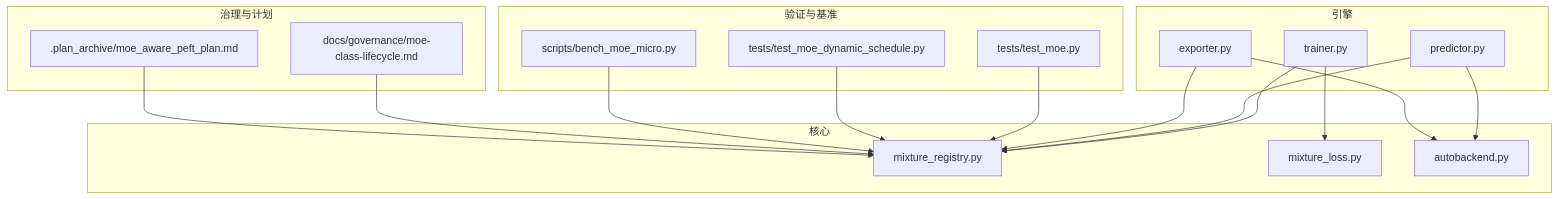
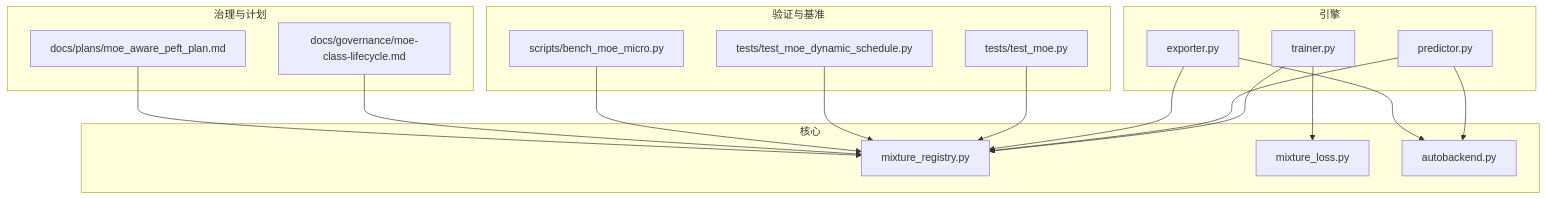
Before and after one commit to kub-inst/YOLO-Master: the first of 10 diagrams in wiki/repowiki/zh/content/多专家混合系统/专家管理与调度/专家生命周期管理.md, drawn with Mermaid. The commit also changed other lines of this file and 29 other files, not shown here.

````diff
--- a/wiki/repowiki/zh/content/多专家混合系统/专家管理与调度/专家生命周期管理.md
+++ b/wiki/repowiki/zh/content/多专家混合系统/专家管理与调度/专家生命周期管理.md
@@ -57,33 +57,33 @@
 ```mermaid
 graph TB
 subgraph "核心"
 MR["mixture_registry.py"]
 ML["mixture_loss.py"]
 AB["autobackend.py"]
 end
 subgraph "引擎"
 TR["trainer.py"]
 PR["predictor.py"]
 EX["exporter.py"]
 end
 subgraph "验证与基准"
 TM["tests/test_moe.py"]
 TDS["tests/test_moe_dynamic_schedule.py"]
 BM["scripts/bench_moe_micro.py"]
 end
 subgraph "治理与计划"
 GL["docs/governance/moe-class-lifecycle.md"]
-MP[".plan_archive/moe_aware_peft_plan.md"]
+MP["docs/plans/moe_aware_peft_plan.md"]
 end
 TR --> MR
 PR --> MR
 EX --> MR
 TR --> ML
 PR --> AB
 EX --> AB
 TM --> MR
 TDS --> MR
 BM --> MR
 GL --> MR
 MP --> MR
 ```
````
